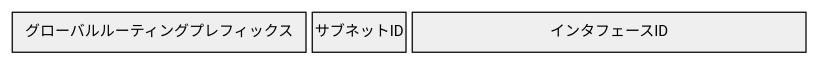
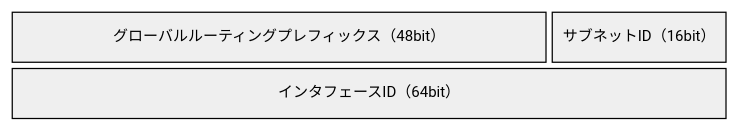
One commit to nnnaanaa/document changed the diagram in network/ip-address/ipv6.md. Above: the diagram before and after it, drawn with Mermaid. The commit also changed other lines of this file and 2 other files, not shown here.

Commit message:
mermaidの図の見た目を調整
- IPv6: アドレスの構成を64bitずつ2段にして文字のはみ出しを解消
- BGP: LOCAL_PREFの図で線が「自社」のラベルに重ならない配置に
- SD-WAN: ローカルブレイクアウトの図の見出しを短くし、説明を図の下へ

````diff
--- a/network/ip-address/ipv6.md
+++ b/network/ip-address/ipv6.md
@@ -44,13 +44,14 @@
 ```mermaid
 ---
 config:
   packet:
-    bitsPerRow: 128
-    bitWidth: 5
+    bitsPerRow: 64
+    bitWidth: 9
+    rowHeight: 40
     showBits: false
 ---
 packet-beta
-  0-47: "グローバルルーティングプレフィックス"
-  48-63: "サブネットID"
-  64-127: "インタフェースID"
+  0-47: "グローバルルーティングプレフィックス（48bit）"
+  48-63: "サブネットID（16bit）"
+  64-127: "インタフェースID（64bit）"
 ```
````
